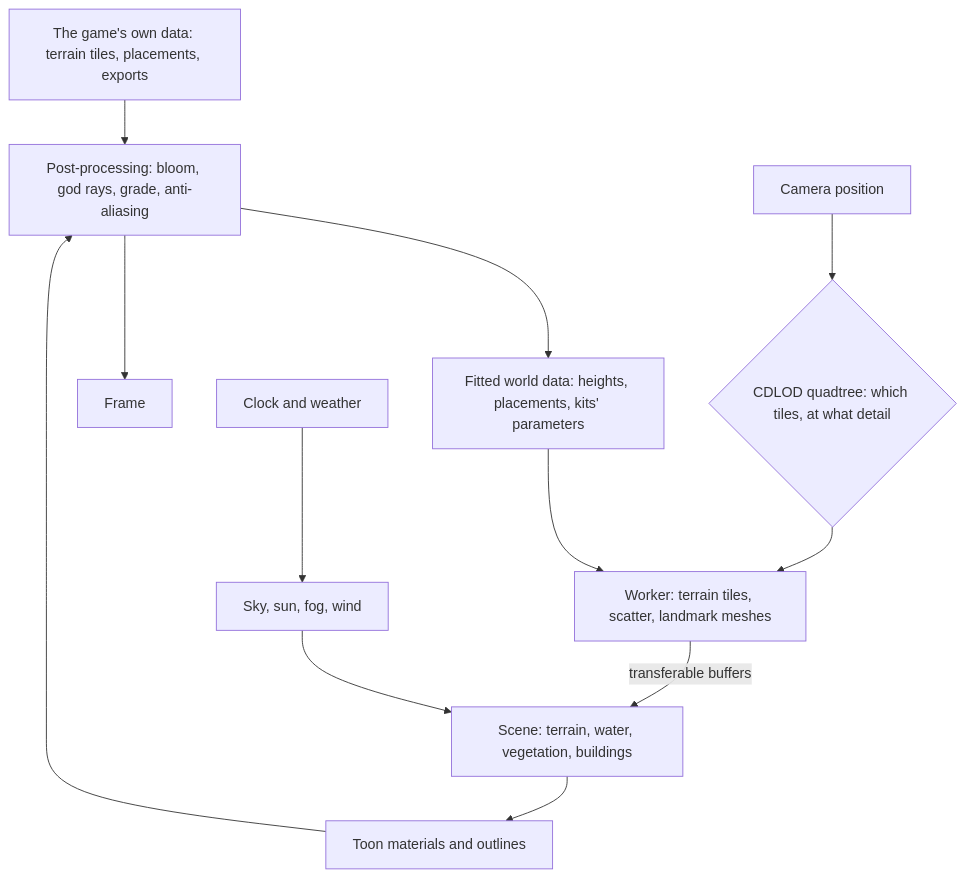
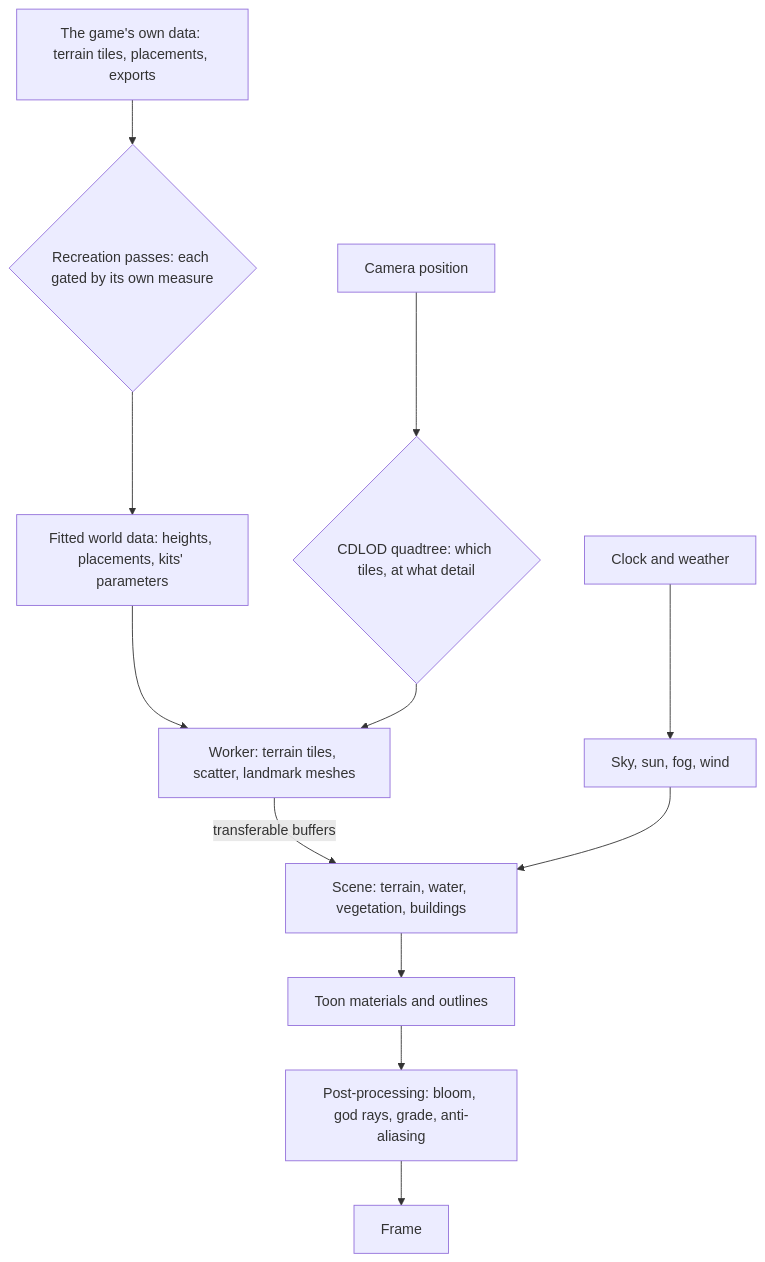
One commit to Esposter/Esposter changed the diagram in apps/web/content/docs/proposals/genshin/index.md. Above: the diagram before and after it, drawn with Mermaid. The commit also changed other lines of this file and 2 other files, not shown here.

Commit message:
docs(genshin): a recording's landmarks and run-time colour are named beside the fieldless where the parity rule is summarised, and the passes' node no longer merges with post-processing
Answers: 4202052822
Answers: 4202052831

````diff
--- a/apps/web/content/docs/proposals/genshin/index.md
+++ b/apps/web/content/docs/proposals/genshin/index.md
@@ -24,14 +24,14 @@
 ```mermaid
 flowchart TD
-  R[The game's own data: terrain tiles, placements, exports] --> P{Recreation passes: each gated by its own measure}
-  P --> A[Fitted world data: heights, placements, kits' parameters]
+  R[The game's own data: terrain tiles, placements, exports] --> RP{Recreation passes: each gated by its own measure}
+  RP --> A[Fitted world data: heights, placements, kits' parameters]
   A --> W[Worker: terrain tiles, scatter, landmark meshes]
   C[Camera position] --> Q{CDLOD quadtree: which tiles, at what detail}
   Q --> W
   W -->|transferable buffers| S[Scene: terrain, water, vegetation, buildings]
   T[Clock and weather] --> K[Sky, sun, fog, wind]
   K --> S
   S --> M[Toon materials and outlines]
   M --> P[Post-processing: bloom, god rays, grade, anti-aliasing]
   P --> F[Frame]
 ```
````
